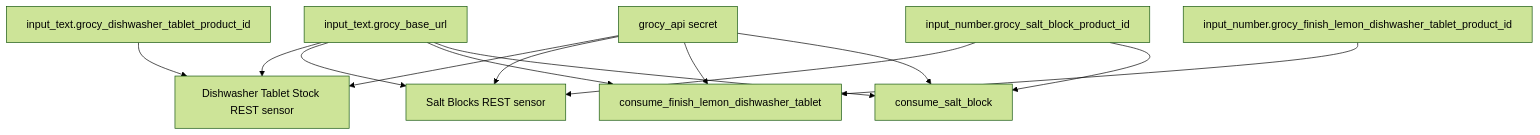
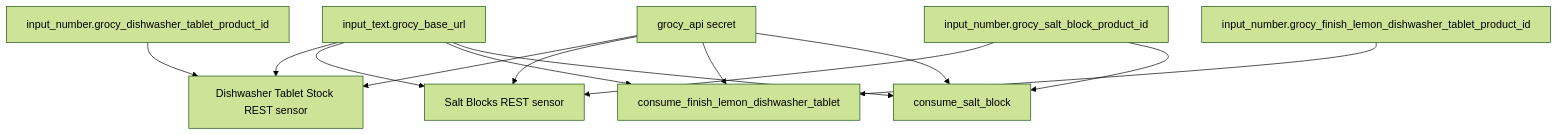
The diagram in packages/integrations/grocy_README.md (dannytsang/homeassistant-config), drawn with Mermaid (forest theme) before and after one commit. The commit also changed other lines of this file and 1 other file, not shown here.

Commit message:
Replaced text input for helper when it should be a number.

````diff
--- a/packages/integrations/grocy_README.md
+++ b/packages/integrations/grocy_README.md
@@ -26,15 +26,15 @@
 ```mermaid
 flowchart TD
     Base[input_text.grocy_base_url] --> TabletSensor[Dishwasher Tablet Stock REST sensor]
-    TabletId[input_text.grocy_dishwasher_tablet_product_id] --> TabletSensor
+    TabletId[input_number.grocy_dishwasher_tablet_product_id] --> TabletSensor
     Base --> SaltSensor[Salt Blocks REST sensor]
     SaltId[input_number.grocy_salt_block_product_id] --> SaltSensor
     Base --> TabletCommand[consume_finish_lemon_dishwasher_tablet]
     FinishId[input_number.grocy_finish_lemon_dishwasher_tablet_product_id] --> TabletCommand
     Base --> SaltCommand[consume_salt_block]
     SaltId --> SaltCommand
     Secret[grocy_api secret] --> TabletSensor
     Secret --> SaltSensor
     Secret --> TabletCommand
     Secret --> SaltCommand
 ```
````
